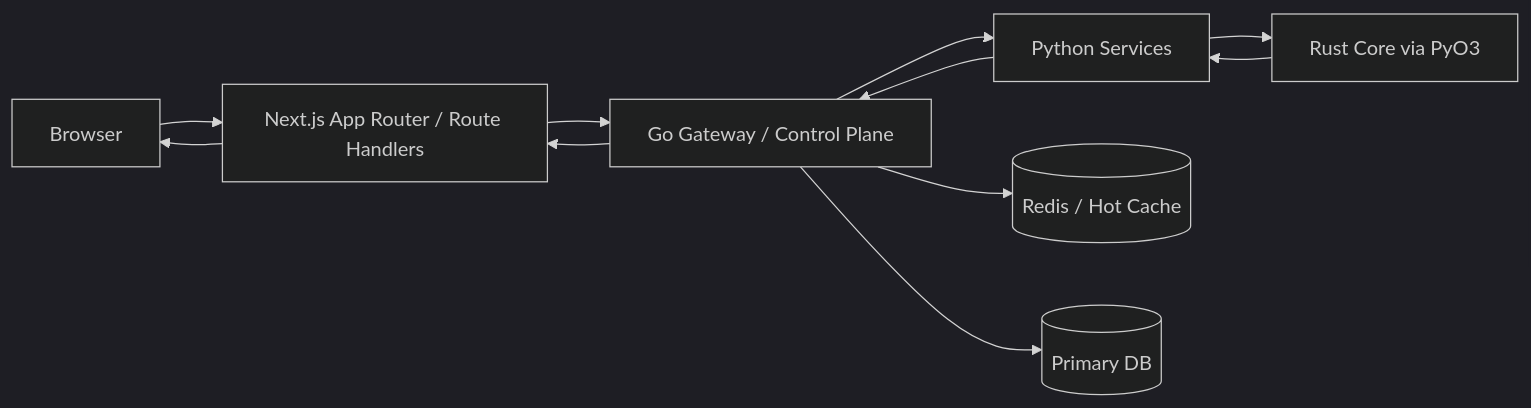
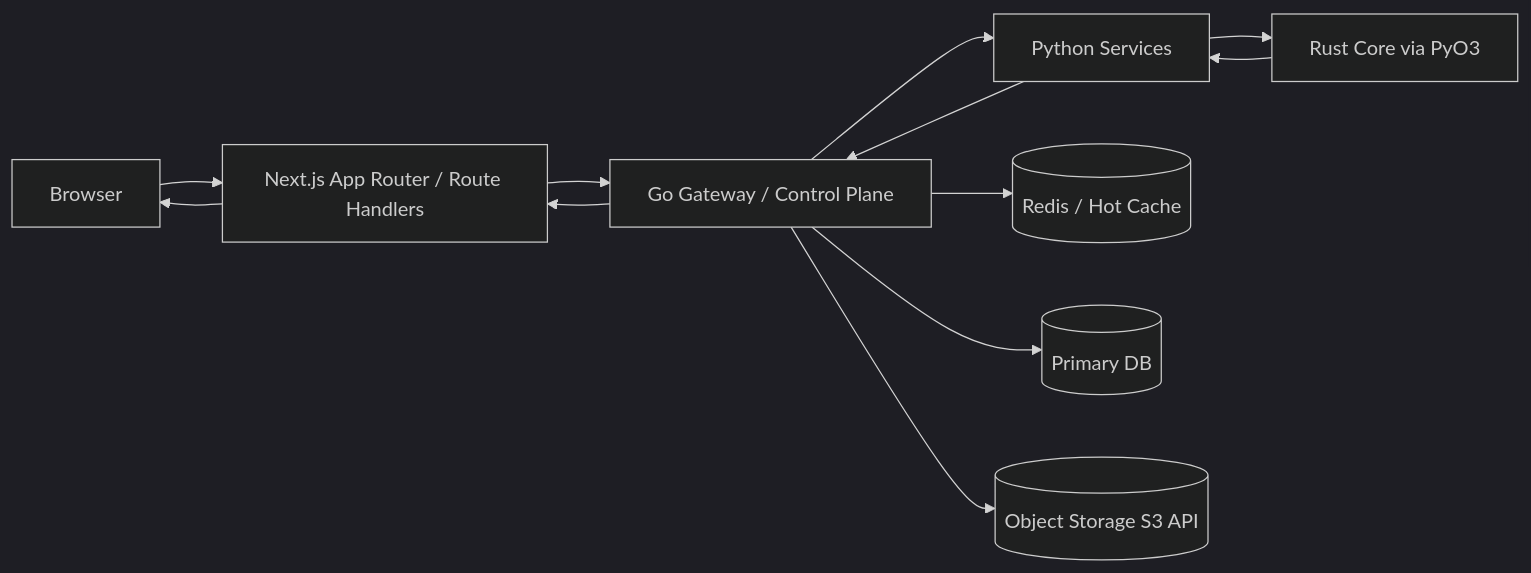
Before and after one commit to japorto100/trading-project: the first of 3 diagrams in docs/specs/ARCHITECTURE.md, drawn with Mermaid (dark theme). The commit also changed other lines of this file and 152 other files, not shown here.

````diff
--- a/docs/specs/ARCHITECTURE.md
+++ b/docs/specs/ARCHITECTURE.md
@@ -41,14 +52,15 @@
 ```mermaid
 flowchart LR
     U[Browser] --> N[Next.js App Router / Route Handlers]
     N --> G[Go Gateway / Control Plane]
     G --> P[Python Services]
     P --> R[Rust Core via PyO3]
     R --> P
     P --> G
     G --> N
     N --> U
 
     G --> C[(Redis / Hot Cache)]
     G --> D[(Primary DB)]
+    G --> OS[(Object Storage S3 API)]
 ```
````
